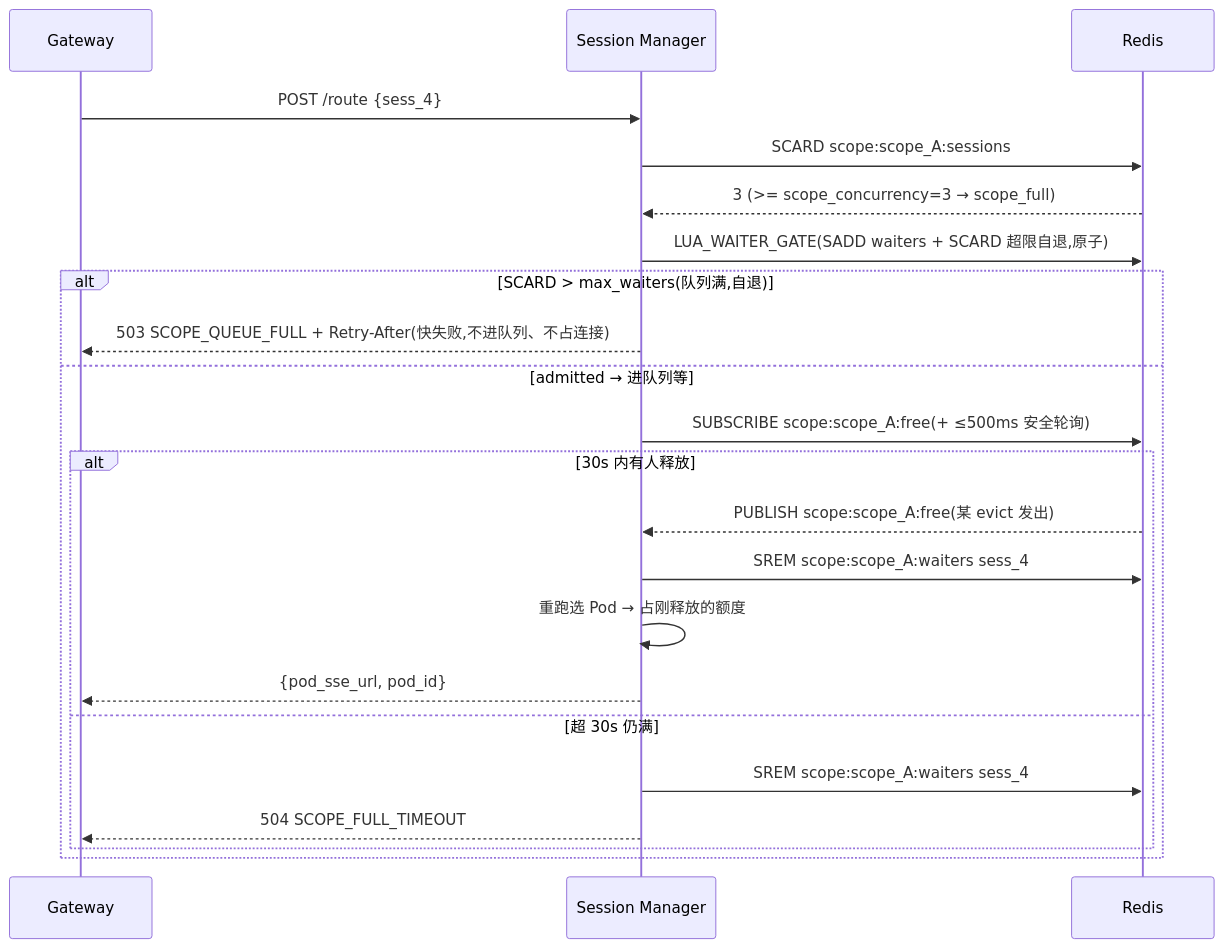
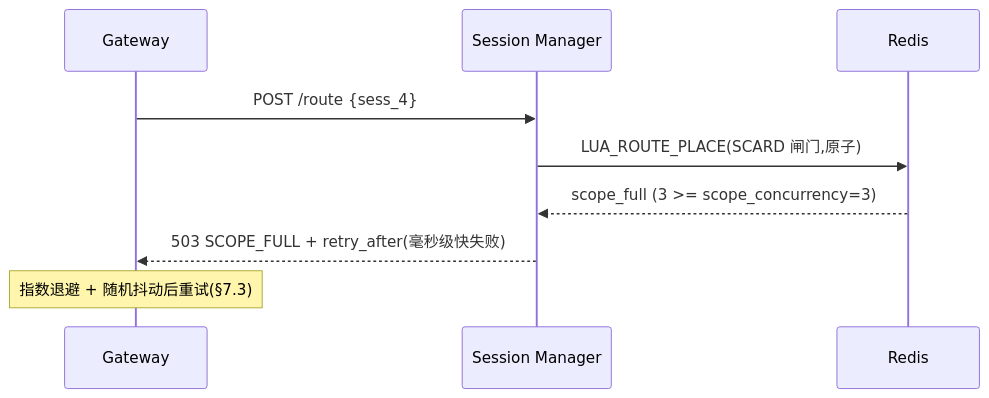
One commit to openJiuwen-ai/agent-runtime changed diagram 13 of 21 in applications/agent_runtime/docs/design/Agent-Runtime-HLD.md. Above: the diagram before and after it, drawn with Mermaid. The commit also changed other lines of this file and 35 other files, not shown here.

First line of the commit message:
feat(session-manager): 场景 F 快失败——拆除有界等待队列,scope 满立即 503 SCOPE_FULL

````diff
--- a/applications/agent_runtime/docs/design/Agent-Runtime-HLD.md
+++ b/applications/agent_runtime/docs/design/Agent-Runtime-HLD.md
@@ -947,24 +939,11 @@
 ```mermaid
 sequenceDiagram
     participant GW as Gateway
     participant SM as Session Manager
     participant R as Redis
     GW->>SM: POST /route {sess_4}
-    SM->>R: SCARD scope:scope_A:sessions
-    R-->>SM: 3   (>= scope_concurrency=3 → scope_full)
-    SM->>R: LUA_WAITER_GATE(SADD waiters + SCARD 超限自退,原子)
-    alt SCARD > max_waiters(队列满,自退)
-        SM-->>GW: 503 SCOPE_QUEUE_FULL + Retry-After(快失败,不进队列、不占连接)
-    else admitted → 进队列等
-        SM->>R: SUBSCRIBE scope:scope_A:free(+ ≤500ms 安全轮询)
-        alt 30s 内有人释放
-            R-->>SM: PUBLISH scope:scope_A:free(某 evict 发出)
-            SM->>R: SREM scope:scope_A:waiters sess_4
-            SM->>SM: 重跑选 Pod → 占刚释放的额度
-            SM-->>GW: {pod_sse_url, pod_id}
-        else 超 30s 仍满
-            SM->>R: SREM scope:scope_A:waiters sess_4
-            SM-->>GW: 504 SCOPE_FULL_TIMEOUT
-        end
-    end
+    SM->>R: LUA_ROUTE_PLACE(SCARD 闸门,原子)
+    R-->>SM: scope_full  (3 >= scope_concurrency=3)
+    SM-->>GW: 503 SCOPE_FULL + retry_after(毫秒级快失败)
+    Note over GW: 指数退避 + 随机抖动后重试(§7.3)
 ```
````
